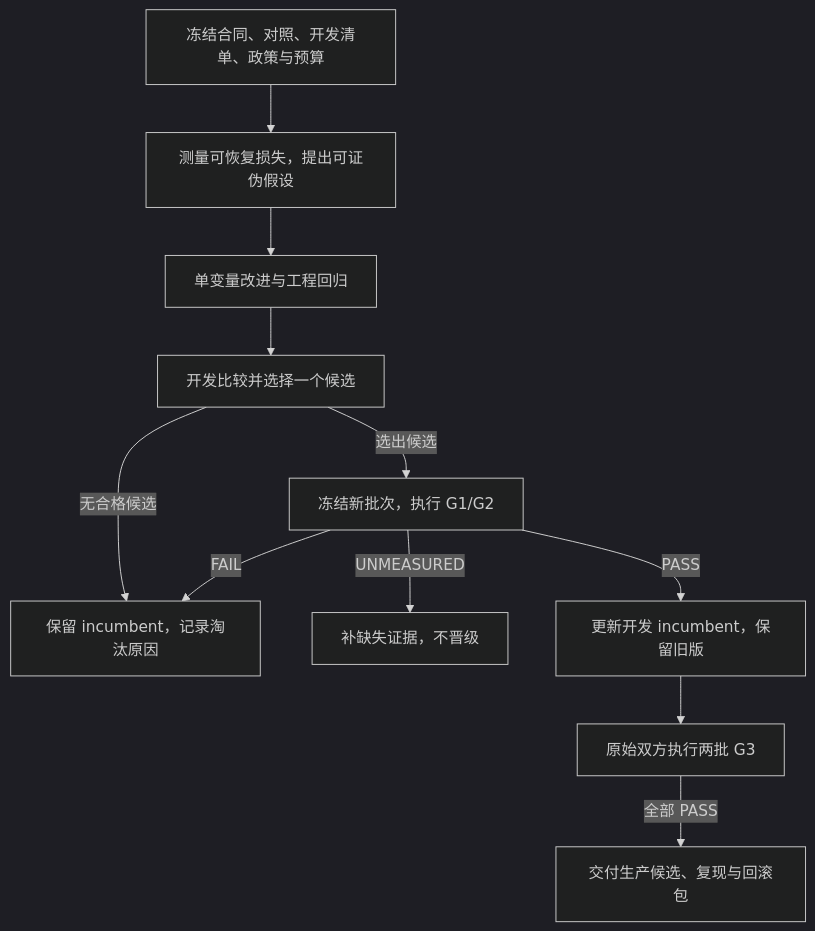
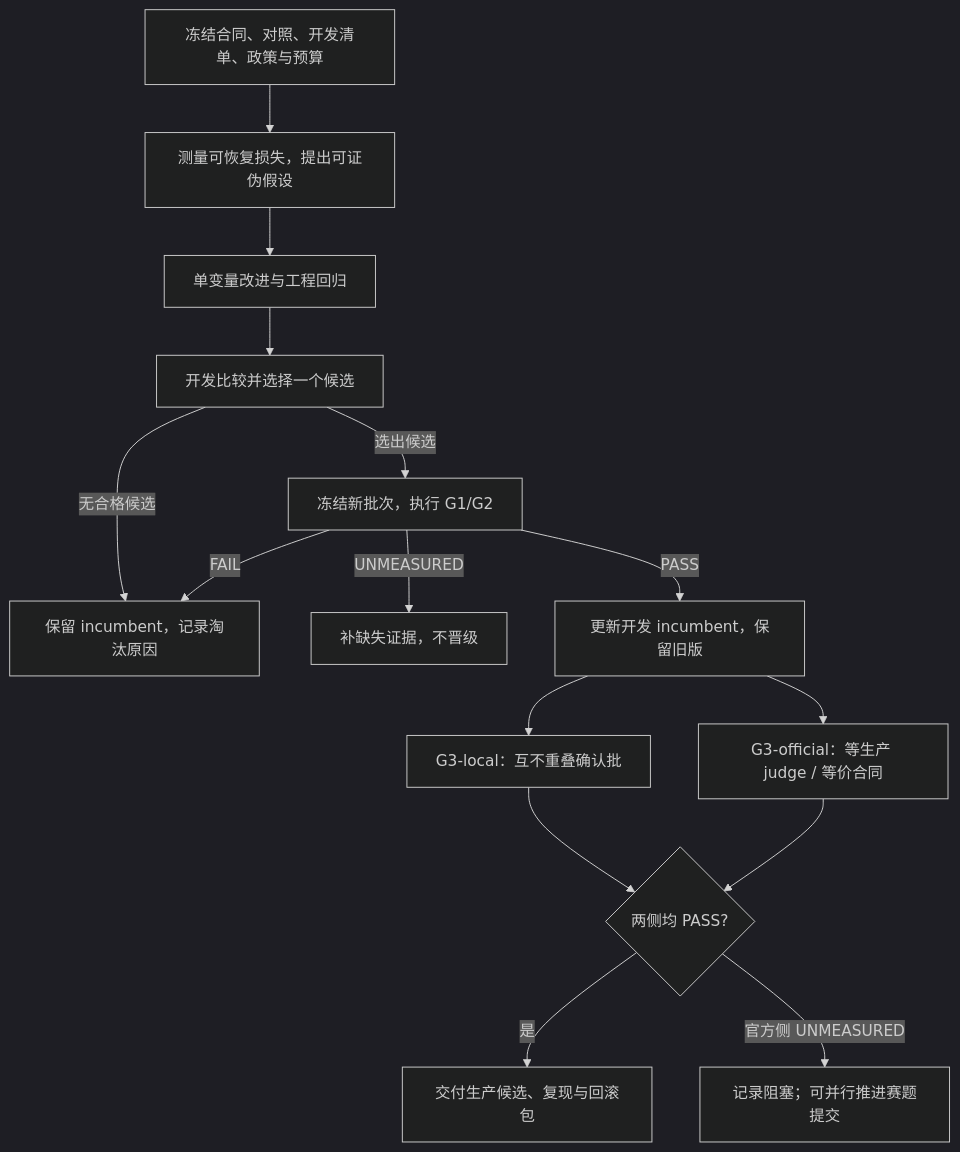
The diagram in docs/CHAMPIONSHIP-PLAN.md (Agenthon-2026/track4-analysis-public), drawn with Mermaid (dark theme) before and after one commit. The commit also changed other lines of this file and 2 other files, not shown here.

First line of the commit message:
docs: split G3 into local vs official without lowering bars

````diff
--- a/docs/CHAMPIONSHIP-PLAN.md
+++ b/docs/CHAMPIONSHIP-PLAN.md
@@ -52,13 +91,17 @@
 ```mermaid
 flowchart TD
     A[冻结合同、对照、开发清单、政策与预算] --> B[测量可恢复损失，提出可证伪假设]
     B --> C[单变量改进与工程回归]
     C --> D[开发比较并选择一个候选]
     D -->|无合格候选| E[保留 incumbent，记录淘汰原因]
     D -->|选出候选| F[冻结新批次，执行 G1/G2]
     F -->|FAIL| E
     F -->|UNMEASURED| G[补缺失证据，不晋级]
     F -->|PASS| H[更新开发 incumbent，保留旧版]
-    H --> I[原始双方执行两批 G3]
-    I -->|全部 PASS| J[交付生产候选、复现与回滚包]
+    H --> I1[G3-local：互不重叠确认批]
+    H --> I2[G3-official：等生产 judge / 等价合同]
+    I1 --> J{两侧均 PASS?}
+    I2 --> J
+    J -->|是| K[交付生产候选、复现与回滚包]
+    J -->|官方侧 UNMEASURED| L[记录阻塞；可并行推进赛题提交]
 ```
````
